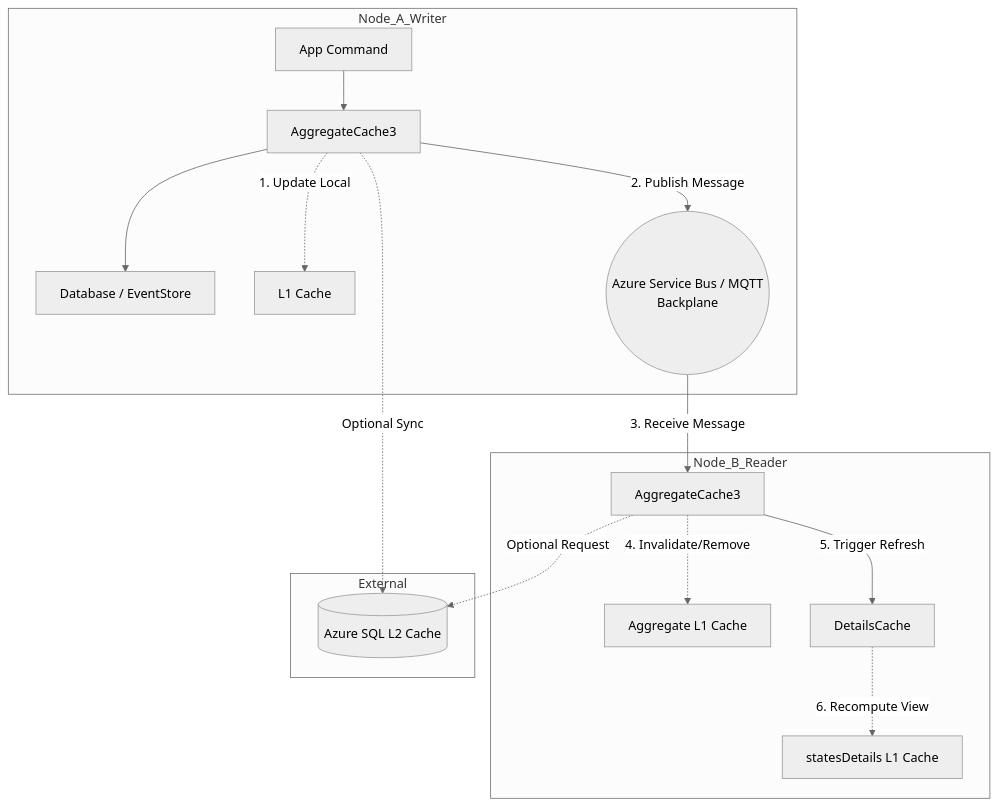
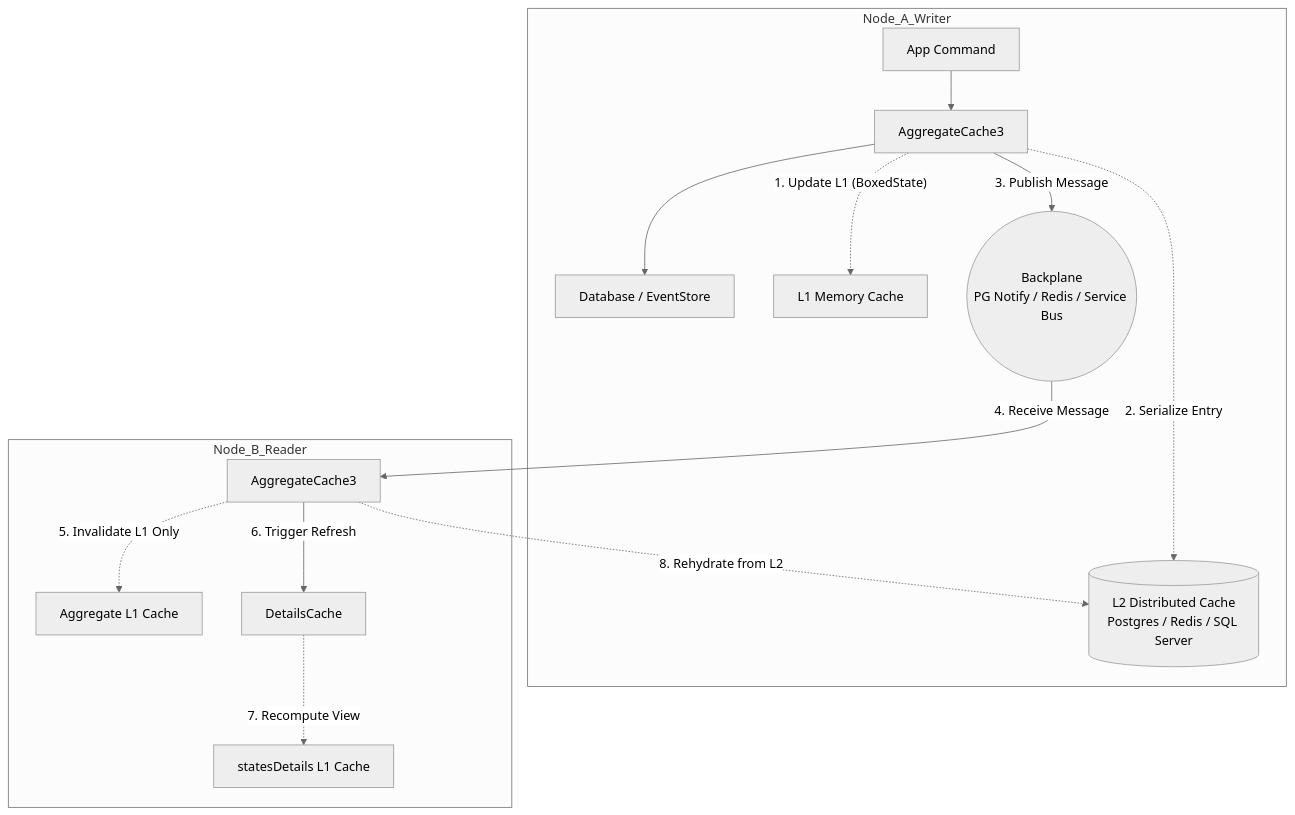
Before and after one commit to tonyx/Sharpino: the third of 3 diagrams in docs/sharpino_caching_diagrams.md, drawn with Mermaid (neutral theme). The commit also changed 10 other files, not shown here.

````diff
--- a/docs/sharpino_caching_diagrams.md
+++ b/docs/sharpino_caching_diagrams.md
@@ -57,22 +57,18 @@
 ```mermaid
 graph TD
     subgraph Node_A_Writer
         A_App[App Command] --> A_AC[AggregateCache3]
         A_AC --> A_EventStore[Database / EventStore]
-        A_AC -. "1. Update Local" .-> A_L1[L1 Cache]
-        A_AC -- "2. Publish Message" --> ASB((Azure Service Bus / MQTT<br/>Backplane))
+        A_AC -. "1. Update L1 (BoxedState)" .-> A_L1[L1 Memory Cache]
+        A_AC -. "2. Serialize Entry" .-> L2[(L2 Distributed Cache<br/>Postgres / Redis / SQL Server)]
+        A_AC -- "3. Publish Message" --> BP((Backplane<br/>PG Notify / Redis / Service Bus))
     end
 
     subgraph Node_B_Reader
-        ASB -- "3. Receive Message" --> B_AC[AggregateCache3]
-        B_AC -. "4. Invalidate/Remove" .-> B_L1_Agg[Aggregate L1 Cache]
-        B_AC -- "5. Trigger Refresh" --> B_DC[DetailsCache]
-        B_DC -. "6. Recompute View" .-> B_L1_Det[statesDetails L1 Cache]
-    end
-
-    subgraph External
-        L2[(Azure SQL L2 Cache)]
-        A_AC -. "Optional Sync" .-> L2
-        B_AC -. "Optional Request" .-> L2
+        BP -- "4. Receive Message" --> B_AC[AggregateCache3]
+        B_AC -. "5. Invalidate L1 Only" .-> B_L1_Agg[Aggregate L1 Cache]
+        B_AC -- "6. Trigger Refresh" --> B_DC[DetailsCache]
+        B_DC -. "7. Recompute View" .-> B_L1_Det[statesDetails L1 Cache]
+        B_AC -. "8. Rehydrate from L2" .-> L2
     end
 ```
````
